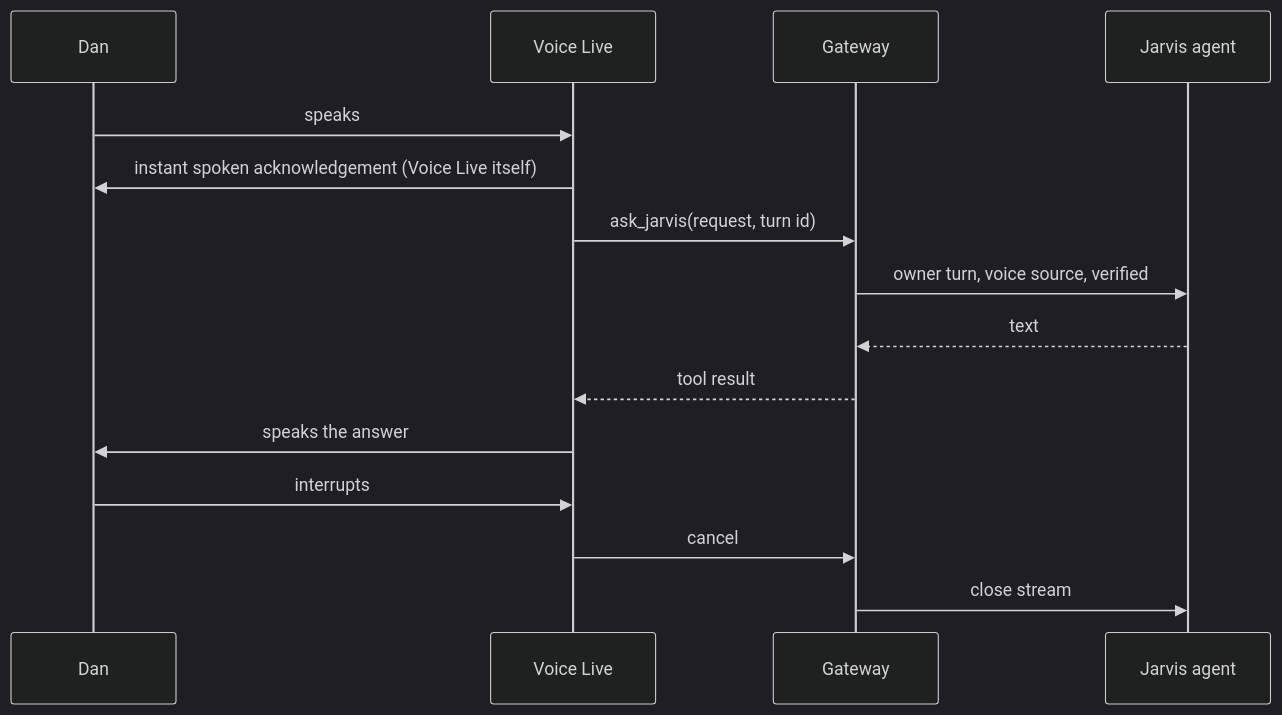
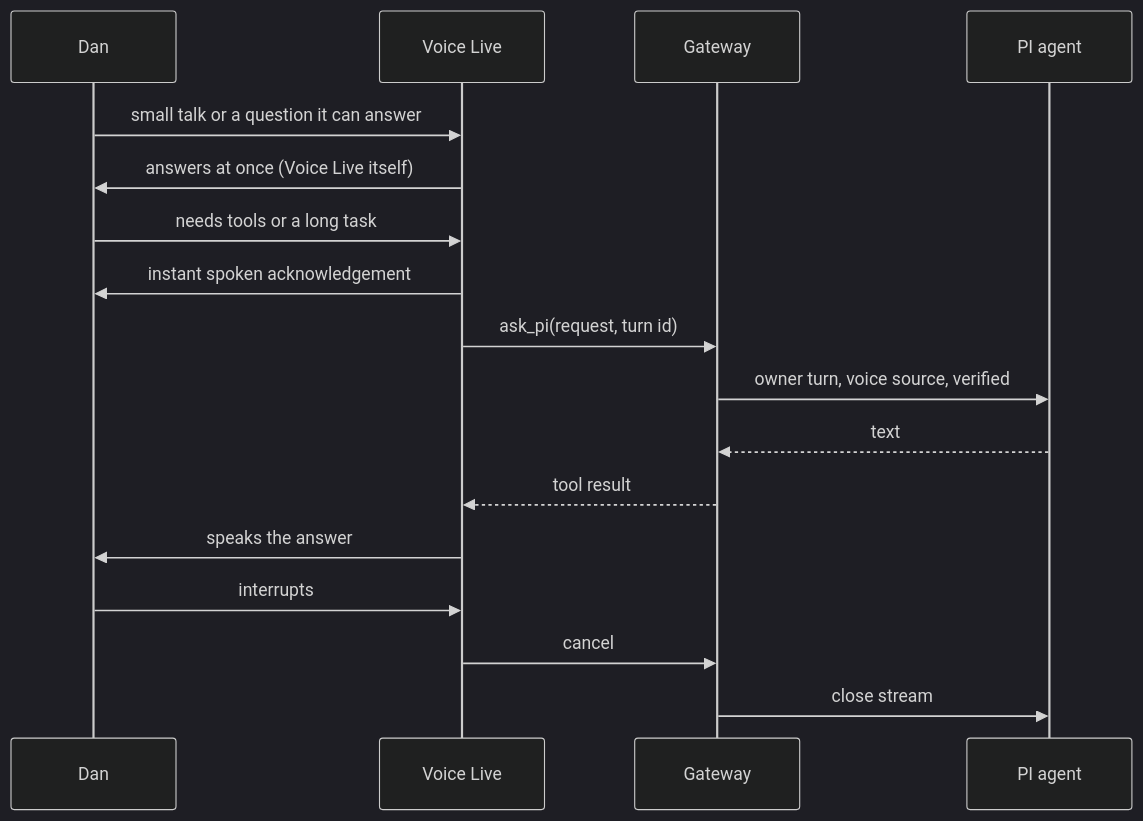
Before and after one commit to DanAakesen/jarvis: the sixth of 8 diagrams in docs/pi/plan.md, drawn with Mermaid (dark theme). The commit also changed other lines of this file and 1 other file, not shown here.

````diff
--- a/docs/pi/plan.md
+++ b/docs/pi/plan.md
@@ -245,17 +247,19 @@
 ```mermaid
 sequenceDiagram
     participant D as Dan
     participant V as Voice Live
     participant G as Gateway
-    participant A as Jarvis agent
-    D->>V: speaks
-    V->>D: instant spoken acknowledgement (Voice Live itself)
-    V->>G: ask_jarvis(request, turn id)
+    participant A as PI agent
+    D->>V: small talk or a question it can answer
+    V->>D: answers at once (Voice Live itself)
+    D->>V: needs tools or a long task
+    V->>D: instant spoken acknowledgement
+    V->>G: ask_pi(request, turn id)
     G->>A: owner turn, voice source, verified
     A-->>G: text
     G-->>V: tool result
     V->>D: speaks the answer
     D->>V: interrupts
     V->>G: cancel
     G->>A: close stream
 ```
````
